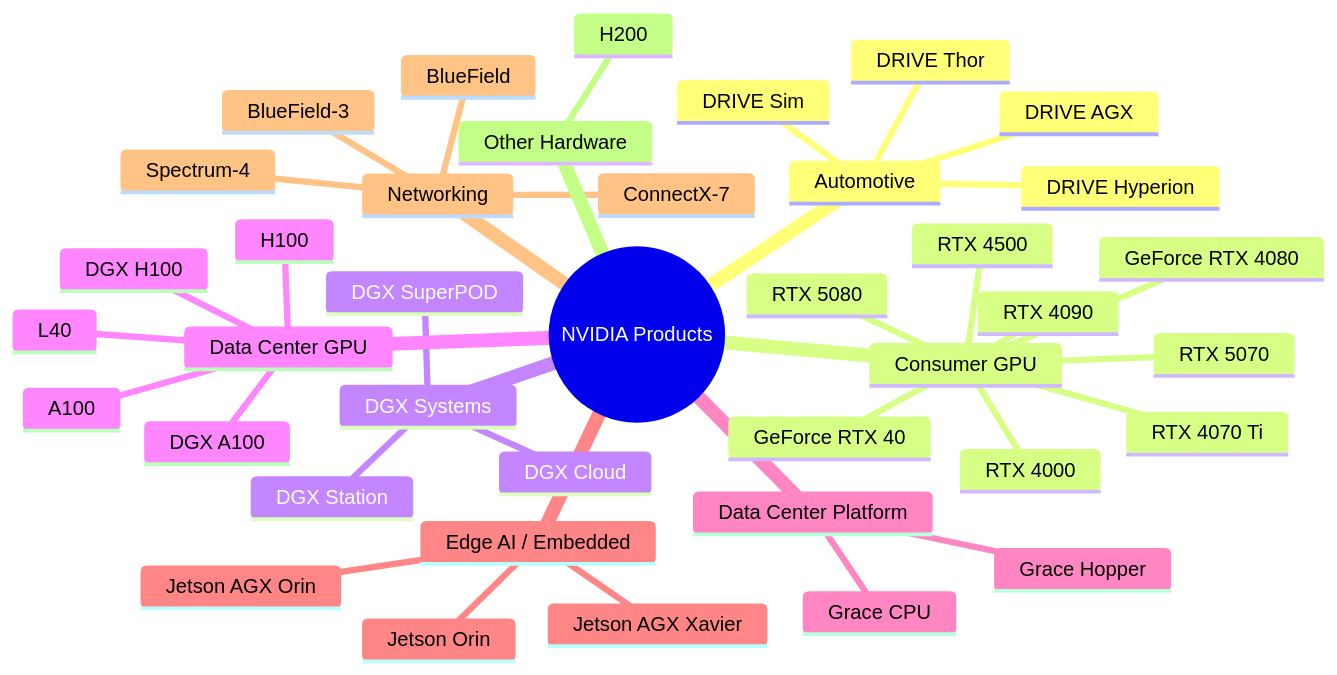
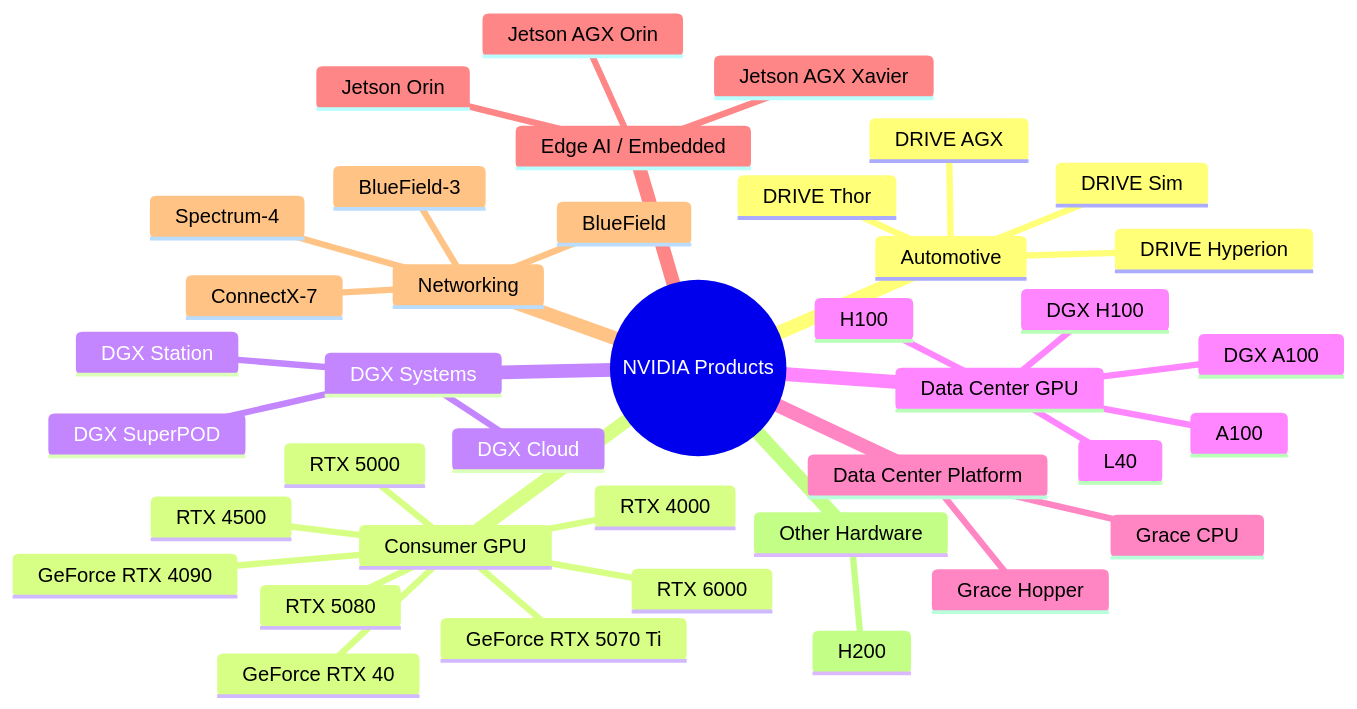
The fourth of 5 diagrams in output/nvidia_ecosystem_diagrams.md (chenxingqiang/Nvidia-Software-Ecosystem), drawn with Mermaid before and after one commit. The commit also changed other lines of this file and 5 other files, not shown here.

````diff
--- a/output/nvidia_ecosystem_diagrams.md
+++ b/output/nvidia_ecosystem_diagrams.md
@@ -75,42 +75,42 @@
 ```mermaid
 mindmap
   root((NVIDIA Products))
     Automotive
       DRIVE Thor
       DRIVE Sim
+      DRIVE Hyperion
       DRIVE AGX
-      DRIVE Hyperion
     Consumer GPU
-      RTX 4090
-      RTX 4070 Ti
+      RTX 6000
       GeForce RTX 40
+      GeForce RTX 5070 Ti
+      RTX 5000
       RTX 4500
-      RTX 5070
+      RTX 5080
+      GeForce RTX 4090
       RTX 4000
-      GeForce RTX 4080
-      RTX 5080
     DGX Systems
       DGX Cloud
+      DGX SuperPOD
       DGX Station
-      DGX SuperPOD
     Data Center GPU
+      DGX H100
       H100
-      DGX H100
       L40
+      A100
       DGX A100
-      A100
     Data Center Platform
       Grace Hopper
       Grace CPU
     Edge AI / Embedded
       Jetson AGX Xavier
       Jetson Orin
       Jetson AGX Orin
     Networking
+      Spectrum-4
+      ConnectX-7
+      BlueField
       BlueField-3
-      Spectrum-4
-      BlueField
-      ConnectX-7
     Other Hardware
       H200
 ```
````
